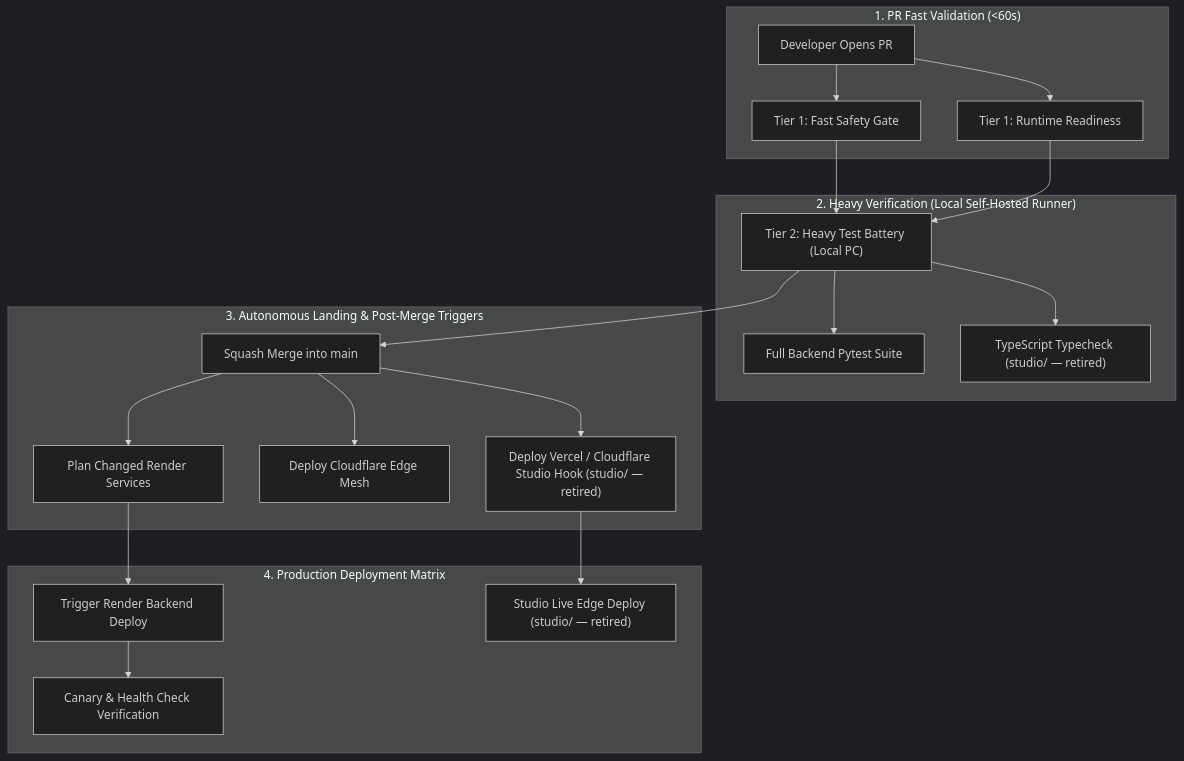
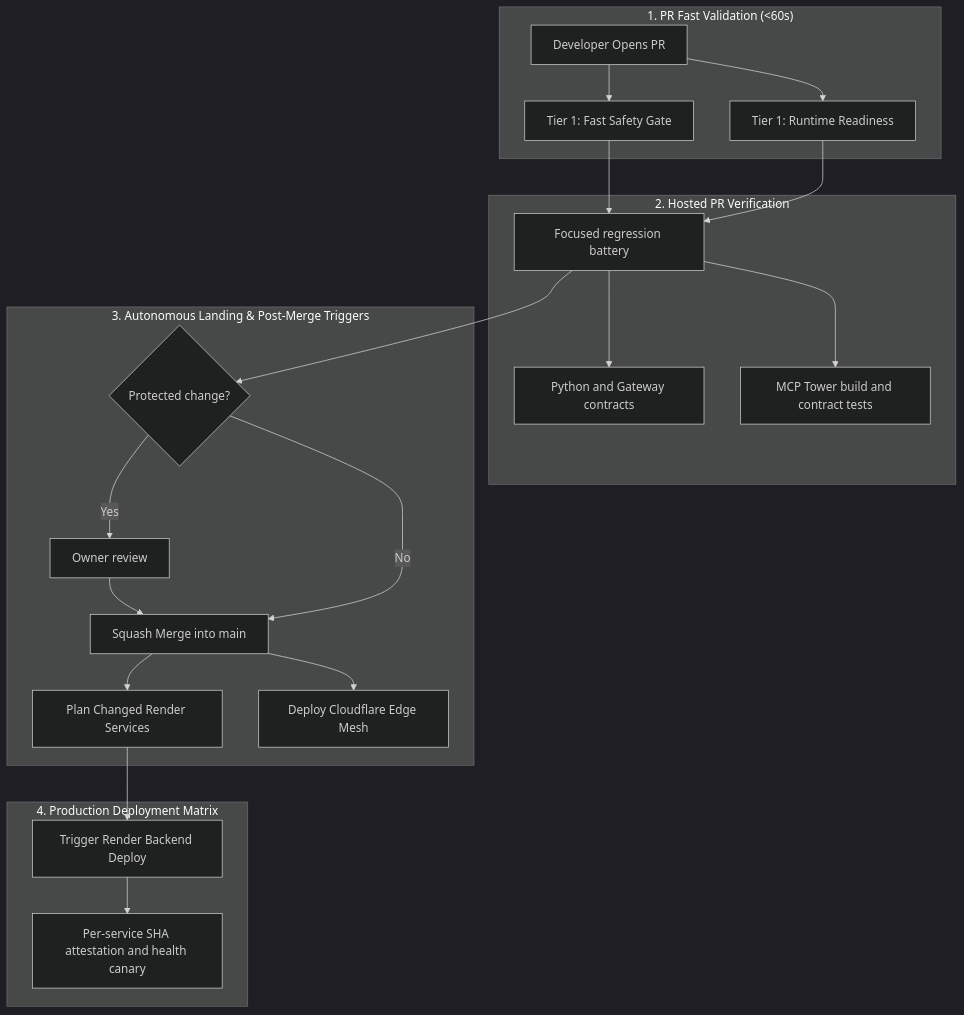
Before and after one commit to Supremeai-bd/supremeai: the first of 2 diagrams in README.md, drawn with Mermaid (dark theme). The commit also changed other lines of this file and 58 other files, not shown here.

````diff
--- a/README.md
+++ b/README.md
@@ -67,27 +35,27 @@
 ```mermaid
 flowchart TD
     subgraph S1["1. PR Fast Validation (<60s)"]
         PR["Developer Opens PR"] --> FastSafety["Tier 1: Fast Safety Gate"]
         PR --> RuntimeReadiness["Tier 1: Runtime Readiness"]
     end
 
-    subgraph S2["2. Heavy Verification (Local Self-Hosted Runner)"]
-        FastSafety --> HeavyGate["Tier 2: Heavy Test Battery (Local PC)"]
+    subgraph S2["2. Hosted PR Verification"]
+        FastSafety --> HeavyGate["Focused regression battery"]
         RuntimeReadiness --> HeavyGate
-        HeavyGate --> CorePytest["Full Backend Pytest Suite"]
-        HeavyGate --> Typecheck["TypeScript Typecheck (studio/ — retired)"]
+        HeavyGate --> CorePytest["Python and Gateway contracts"]
+        HeavyGate --> Typecheck["MCP Tower build and contract tests"]
     end
 
     subgraph S3["3. Autonomous Landing & Post-Merge Triggers"]
-        HeavyGate --> PRMerge["Squash Merge into main"]
+        HeavyGate --> Decision{"Protected change?"}
+        Decision -- "Yes" --> Review["Owner review"] --> PRMerge["Squash Merge into main"]
+        Decision -- "No" --> PRMerge
         PRMerge --> ResolveTargets["Plan Changed Render Services"]
         PRMerge --> EdgeDeploy["Deploy Cloudflare Edge Mesh"]
-        PRMerge --> VercelHook["Deploy Vercel / Cloudflare Studio Hook (studio/ — retired)"]
     end
 
     subgraph S4["4. Production Deployment Matrix"]
         ResolveTargets --> RenderTrigger["Trigger Render Backend Deploy"]
-        RenderTrigger --> CanaryVerify["Canary & Health Check Verification"]
-        VercelHook --> CloudflarePages["Studio Live Edge Deploy (studio/ — retired)"]
+        RenderTrigger --> CanaryVerify["Per-service SHA attestation and health canary"]
     end
 ```
````
